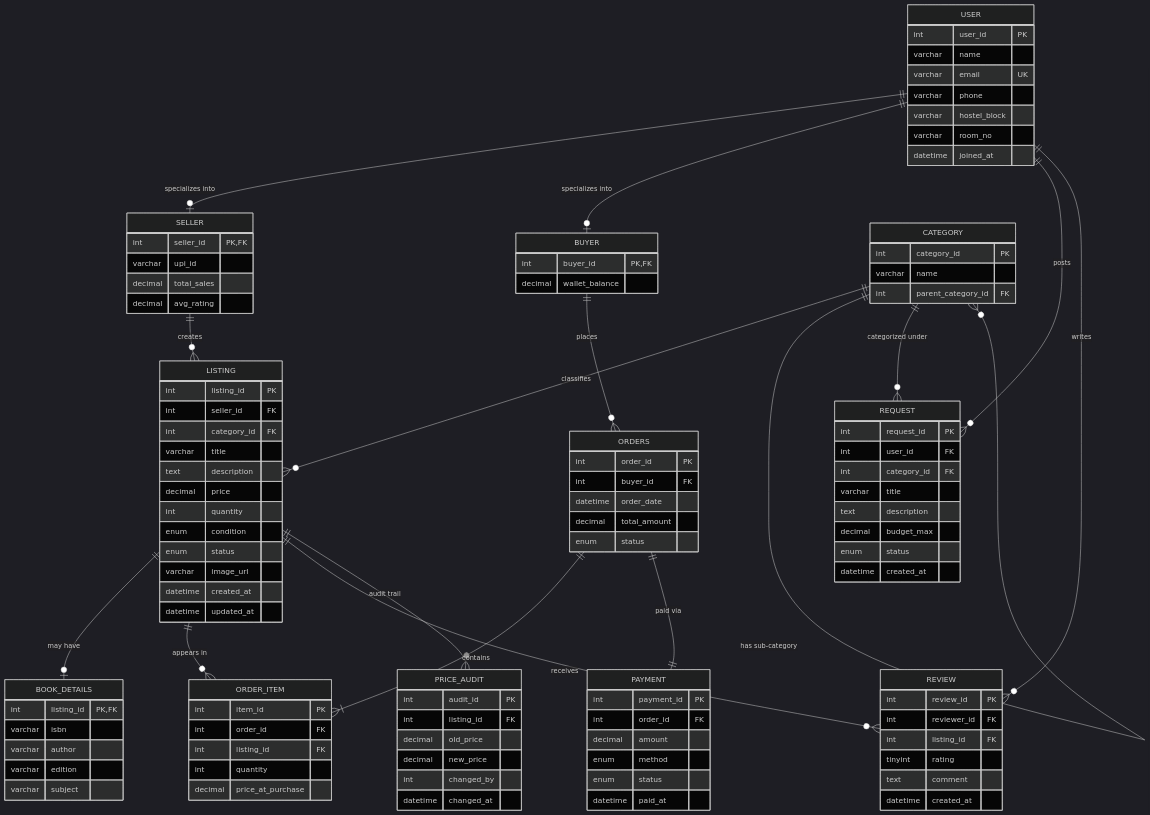
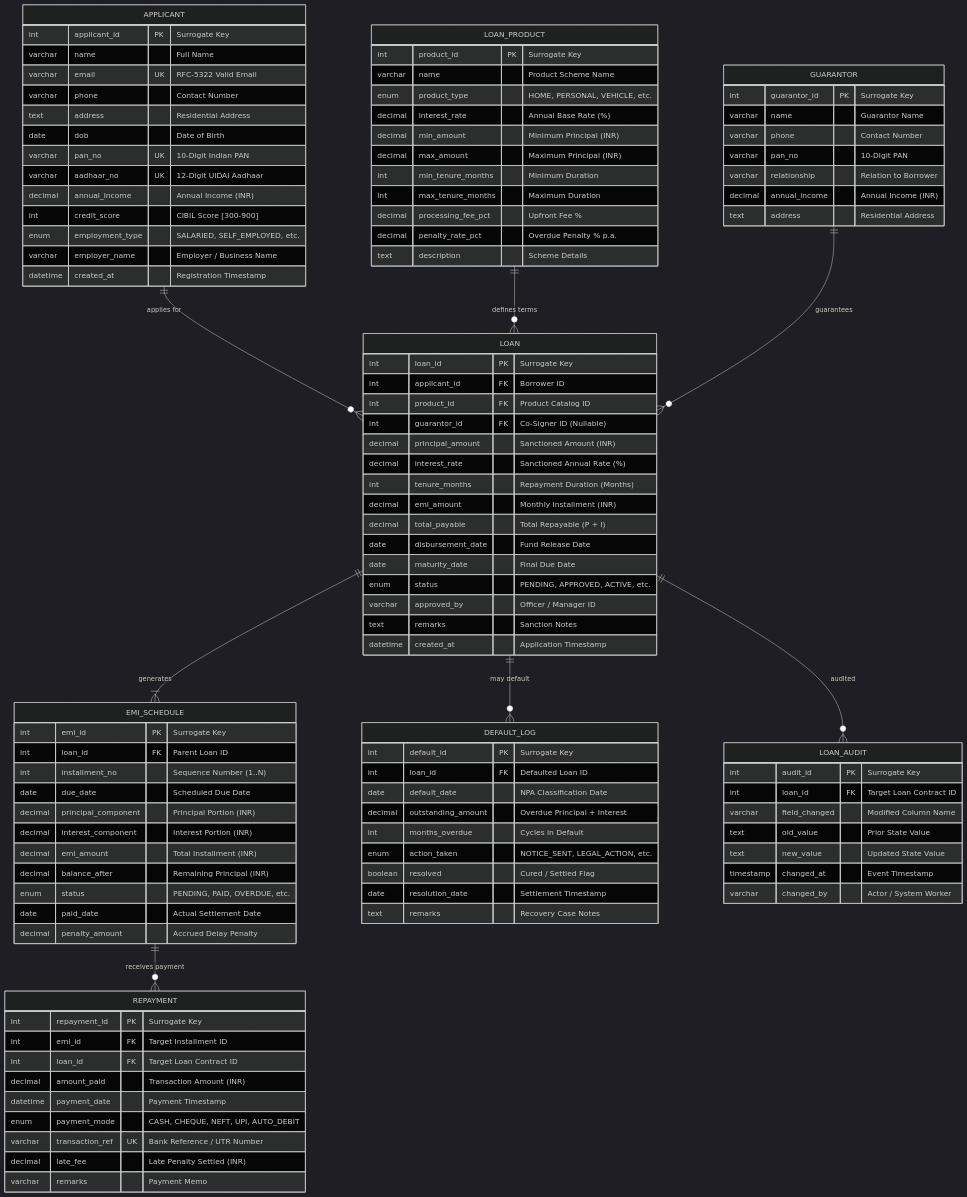
One commit to Bhanu-teja-VCE/dbms-course-end-project changed the diagram in docs/er-design.md. Above: the diagram before and after it, drawn with Mermaid (dark theme). The commit also changed other lines of this file and 12 other files, not shown here.

Commit message:
feat: complete Bank Loan Management System across all 8 stages, frontend, backend, and report

````diff
--- a/docs/er-design.md
+++ b/docs/er-design.md
@@ -60,123 +31,116 @@
 ```mermaid
 erDiagram
-    USER {
-        int user_id PK
-        varchar name
-        varchar email UK
-        varchar phone
-        varchar hostel_block
-        varchar room_no
-        datetime joined_at
+    APPLICANT ||--o{ LOAN : "applies for"
+    LOAN_PRODUCT ||--o{ LOAN : "defines terms"
+    GUARANTOR ||--o{ LOAN : "guarantees"
+    LOAN ||--|{ EMI_SCHEDULE : "generates"
+    EMI_SCHEDULE ||--o{ REPAYMENT : "receives payment"
+    LOAN ||--o{ DEFAULT_LOG : "may default"
+    LOAN ||--o{ LOAN_AUDIT : "audited"
+
+    APPLICANT {
+        int applicant_id PK "Surrogate Key"
+        varchar name "Full Name"
+        varchar email UK "RFC-5322 Valid Email"
+        varchar phone "Contact Number"
+        text address "Residential Address"
+        date dob "Date of Birth"
+        varchar pan_no UK "10-Digit Indian PAN"
+        varchar aadhaar_no UK "12-Digit UIDAI Aadhaar"
+        decimal annual_income "Annual Income (INR)"
+        int credit_score "CIBIL Score [300-900]"
+        enum employment_type "SALARIED, SELF_EMPLOYED, etc."
+        varchar employer_name "Employer / Business Name"
+        datetime created_at "Registration Timestamp"
     }
 
-    SELLER {
-        int seller_id PK, FK
-        varchar upi_id
-        decimal total_sales
-        decimal avg_rating
+    LOAN_PRODUCT {
+        int product_id PK "Surrogate Key"
+        varchar name "Product Scheme Name"
+        enum product_type "HOME, PERSONAL, VEHICLE, etc."
+        decimal interest_rate "Annual Base Rate (%)"
+        decimal min_amount "Minimum Principal (INR)"
+        decimal max_amount "Maximum Principal (INR)"
+        int min_tenure_months "Minimum Duration"
+        int max_tenure_months "Maximum Duration"
+        decimal processing_fee_pct "Upfront Fee %"
+        decimal penalty_rate_pct "Overdue Penalty % p.a."
+        text description "Scheme Details"
     }
 
-    BUYER {
-        int buyer_id PK, FK
-        decimal wallet_balance
+    GUARANTOR {
+        int guarantor_id PK "Surrogate Key"
+        varchar name "Guarantor Name"
+        varchar phone "Contact Number"
+        varchar pan_no "10-Digit PAN"
+        varchar relationship "Relation to Borrower"
+        decimal annual_income "Annual Income (INR)"
+        text address "Residential Address"
     }
 
-    CATEGORY {
-        int category_id PK
-        varchar name
-        int parent_category_id FK
+    LOAN {
+        int loan_id PK "Surrogate Key"
+        int applicant_id FK "Borrower ID"
+        int product_id FK "Product Catalog ID"
+        int guarantor_id FK "Co-Signer ID (Nullable)"
+        decimal principal_amount "Sanctioned Amount (INR)"
+        decimal interest_rate "Sanctioned Annual Rate (%)"
+        int tenure_months "Repayment Duration (Months)"
+        decimal emi_amount "Monthly Installment (INR)"
+        decimal total_payable "Total Repayable (P + I)"
+        date disbursement_date "Fund Release Date"
+        date maturity_date "Final Due Date"
+        enum status "PENDING, APPROVED, ACTIVE, etc."
+        varchar approved_by "Officer / Manager ID"
+        text remarks "Sanction Notes"
+        datetime created_at "Application Timestamp"
     }
 
-    LISTING {
-        int listing_id PK
-        int seller_id FK
-        int category_id FK
-        varchar title
-        text description
-        decimal price
-        int quantity
-        enum condition
-        enum status
-        varchar image_url
-        datetime created_at
-        datetime updated_at
+    EMI_SCHEDULE {
+        int emi_id PK "Surrogate Key"
+        int loan_id FK "Parent Loan ID"
+        int installment_no "Sequence Number (1..N)"
+        date due_date "Scheduled Due Date"
+        decimal principal_component "Principal Portion (INR)"
+        decimal interest_component "Interest Portion (INR)"
+        decimal emi_amount "Total Installment (INR)"
+        decimal balance_after "Remaining Principal (INR)"
+        enum status "PENDING, PAID, OVERDUE, etc."
+        date paid_date "Actual Settlement Date"
+        decimal penalty_amount "Accrued Delay Penalty"
     }
 
-    BOOK_DETAILS {
-        int listing_id PK, FK
-        varchar isbn
-        varchar author
-        varchar edition
-        varchar subject
+    REPAYMENT {
+        int repayment_id PK "Surrogate Key"
+        int emi_id FK "Target Installment ID"
+        int loan_id FK "Target Loan Contract ID"
+        decimal amount_paid "Transaction Amount (INR)"
+        datetime payment_date "Payment Timestamp"
+        enum payment_mode "CASH, CHEQUE, NEFT, UPI, AUTO_DEBIT"
+        varchar transaction_ref UK "Bank Reference / UTR Number"
+        decimal late_fee "Late Penalty Settled (INR)"
+        varchar remarks "Payment Memo"
     }
 
-    ORDERS {
-        int order_id PK
-        int buyer_id FK
-        datetime order_date
-        decimal total_amount
-        enum status
+    DEFAULT_LOG {
+        int default_id PK "Surrogate Key"
+        int loan_id FK "Defaulted Loan ID"
+        date default_date "NPA Classification Date"
+        decimal outstanding_amount "Overdue Principal + Interest"
+        int months_overdue "Cycles in Default"
+        enum action_taken "NOTICE_SENT, LEGAL_ACTION, etc."
+        boolean resolved "Cured / Settled Flag"
+        date resolution_date "Settlement Timestamp"
+        text remarks "Recovery Case Notes"
     }
 
-    ORDER_ITEM {
-        int item_id PK
-        int order_id FK
-        int listing_id FK
-        int quantity
-        decimal price_at_purchase
+    LOAN_AUDIT {
+        int audit_id PK "Surrogate Key"
+        int loan_id FK "Target Loan Contract ID"
+        varchar field_changed "Modified Column Name"
+        text old_value "Prior State Value"
+        text new_value "Updated State Value"
+        timestamp changed_at "Event Timestamp"
+        varchar changed_by "Actor / System Worker"
     }
-
-    PAYMENT {
-        int payment_id PK
-        int order_id FK
-        decimal amount
-        enum method
-        enum status
-        datetime paid_at
-    }
-
-    REQUEST {
-        int request_id PK
-        int user_id FK
-        int category_id FK
-        varchar title
-        text description
-        decimal budget_max
-        enum status
-        datetime created_at
-    }
-
-    REVIEW {
-        int review_id PK
-        int reviewer_id FK
-        int listing_id FK
-        tinyint rating
-        text comment
-        datetime created_at
-    }
-
-    PRICE_AUDIT {
-        int audit_id PK
-        int listing_id FK
-        decimal old_price
-        decimal new_price
-        int changed_by
-        datetime changed_at
-    }
-
-    USER ||--o| SELLER : "specializes into"
-    USER ||--o| BUYER : "specializes into"
-    SELLER ||--o{ LISTING : "creates"
-    CATEGORY ||--o{ LISTING : "classifies"
-    CATEGORY ||--o{ CATEGORY : "has sub-category"
-    LISTING ||--o| BOOK_DETAILS : "may have"
-    BUYER ||--o{ ORDERS : "places"
-    ORDERS ||--|{ ORDER_ITEM : "contains"
-    LISTING ||--o{ ORDER_ITEM : "appears in"
-    ORDERS ||--|| PAYMENT : "paid via"
-    USER ||--o{ REQUEST : "posts"
-    CATEGORY ||--o{ REQUEST : "categorized under"
-    USER ||--o{ REVIEW : "writes"
-    LISTING ||--o{ REVIEW : "receives"
-    LISTING ||--o{ PRICE_AUDIT : "audit trail"
 ```
````
